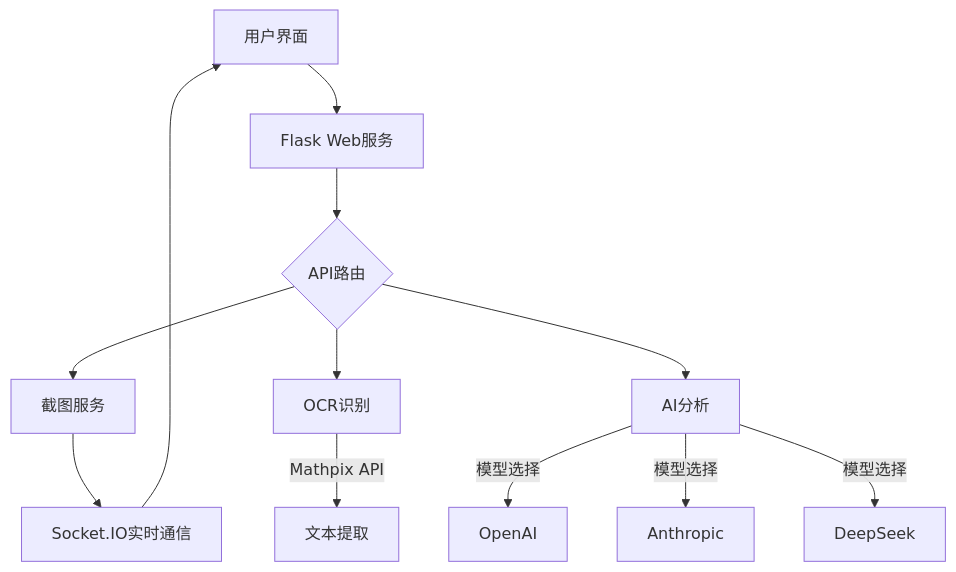
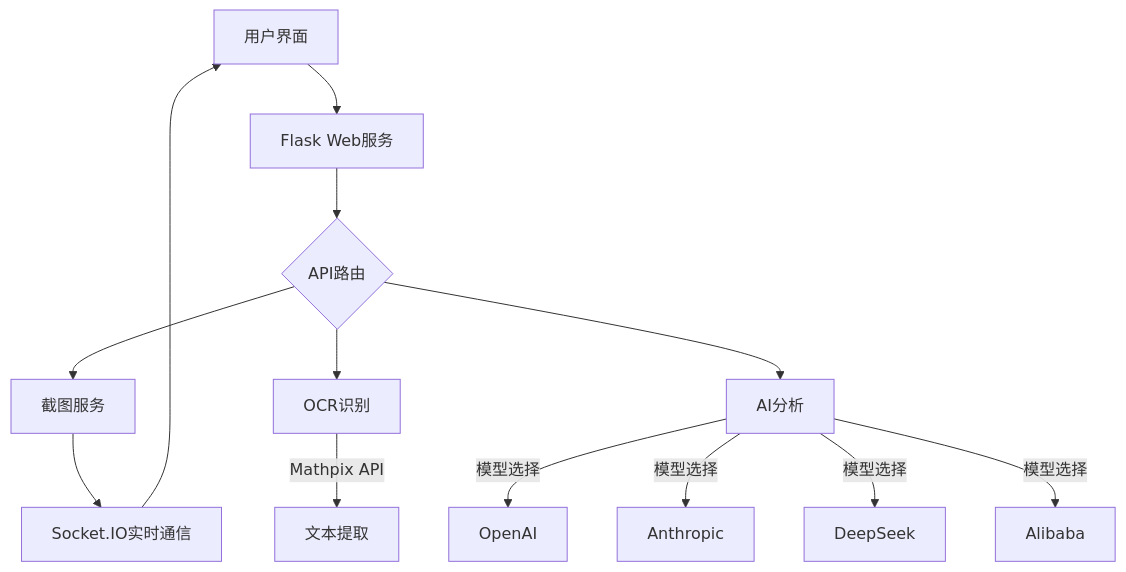
The diagram in README.md (Zippland/Snap-Solver), drawn with Mermaid before and after one commit.

````diff
--- a/README.md
+++ b/README.md
@@ -154,14 +154,15 @@
 ```mermaid
 graph TD
     A[用户界面] --> B[Flask Web服务]
     B --> C{API路由}
     C --> D[截图服务]
     C --> E[OCR识别]
     C --> F[AI分析]
     E --> |Mathpix API| G[文本提取]
     F --> |模型选择| H1[OpenAI]
     F --> |模型选择| H2[Anthropic]
     F --> |模型选择| H3[DeepSeek]
+    F --> |模型选择| H4[Alibaba]
     D --> I[Socket.IO实时通信]
     I --> A
 ```
````
